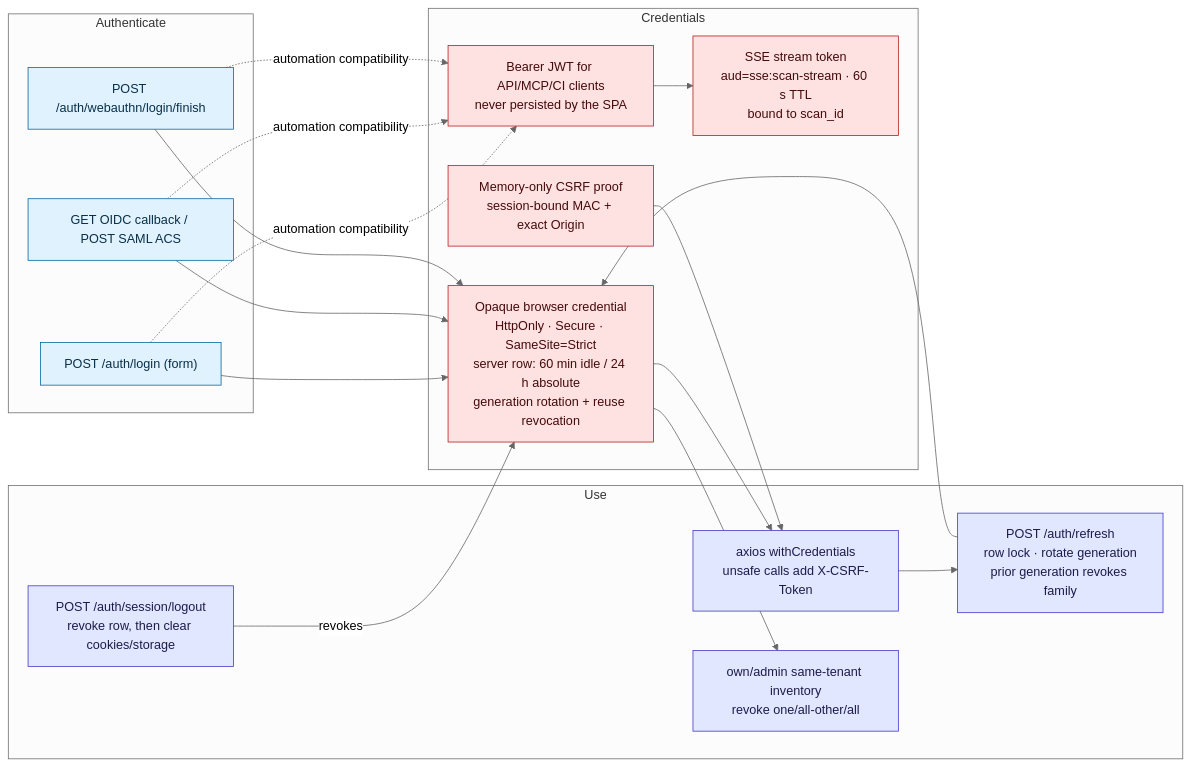
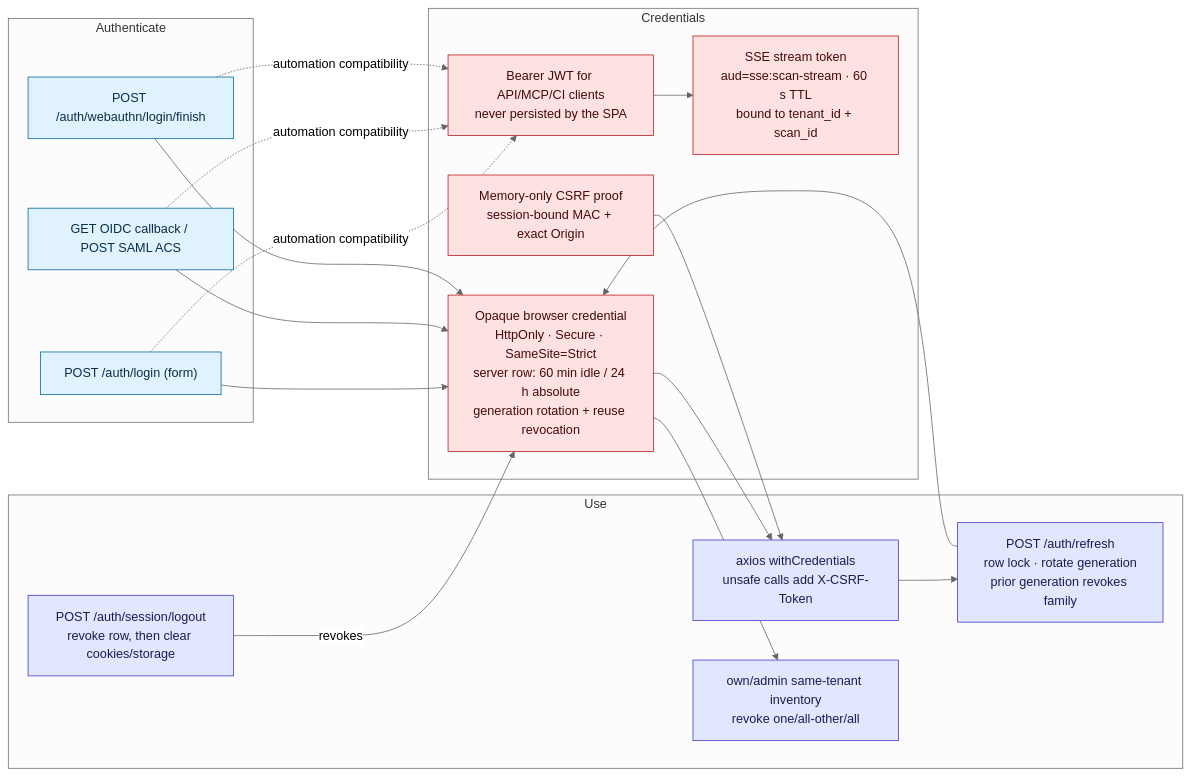
Before and after one commit to nerdy-krishna/ai-secure-coding-compliance-platform: the third of 5 diagrams in docs/docs/architecture/diagrams/08-auth-tenancy-sso.md, drawn with Mermaid (neutral theme). The commit also changed other lines of this file and 3 other files, not shown here.

````diff
--- a/docs/docs/architecture/diagrams/08-auth-tenancy-sso.md
+++ b/docs/docs/architecture/diagrams/08-auth-tenancy-sso.md
@@ -95,35 +97,35 @@
 ```mermaid
 flowchart LR
     subgraph Mint["Authenticate"]
       A1["POST /auth/login (form)"]:::edge
       A2["GET OIDC callback / POST SAML ACS"]:::edge
       A3["POST /auth/webauthn/login/finish"]:::edge
     end
 
     subgraph Credentials
       BS["Opaque browser credential<br/>HttpOnly · Secure · SameSite=Strict<br/>server row: 60 min idle / 24 h absolute<br/>generation rotation + reuse revocation"]:::secret
       CSRF["Memory-only CSRF proof<br/>session-bound MAC + exact Origin"]:::secret
       AT["Bearer JWT for API/MCP/CI clients<br/>never persisted by the SPA"]:::secret
-      SSE["SSE stream token<br/>aud=sse:scan-stream · 60 s TTL<br/>bound to scan_id"]:::secret
+      SSE["SSE stream token<br/>aud=sse:scan-stream · 60 s TTL<br/>bound to tenant_id + scan_id"]:::secret
     end
 
     subgraph Use
       Axios["axios withCredentials<br/>unsafe calls add X-CSRF-Token"]:::app
       Refresh["POST /auth/refresh<br/>row lock · rotate generation<br/>prior generation revokes family"]:::app
       Inventory["own/admin same-tenant inventory<br/>revoke one/all-other/all"]:::app
       Logout["POST /auth/session/logout<br/>revoke row, then clear cookies/storage"]:::app
     end
 
     A1 & A2 & A3 --> BS
     BS --> Axios
     CSRF --> Axios
     Axios --> Refresh --> BS
     BS --> Inventory
     A1 & A2 & A3 -. "automation compatibility" .-> AT
     AT --> SSE
     Logout -- "revokes" --> BS
 
     classDef edge fill:#e0f2fe,stroke:#0369a1,color:#082f49;
     classDef app  fill:#e0e7ff,stroke:#4338ca,color:#1e1b4b;
     classDef secret fill:#fee2e2,stroke:#b91c1c,color:#450a0a;
 ```
````
